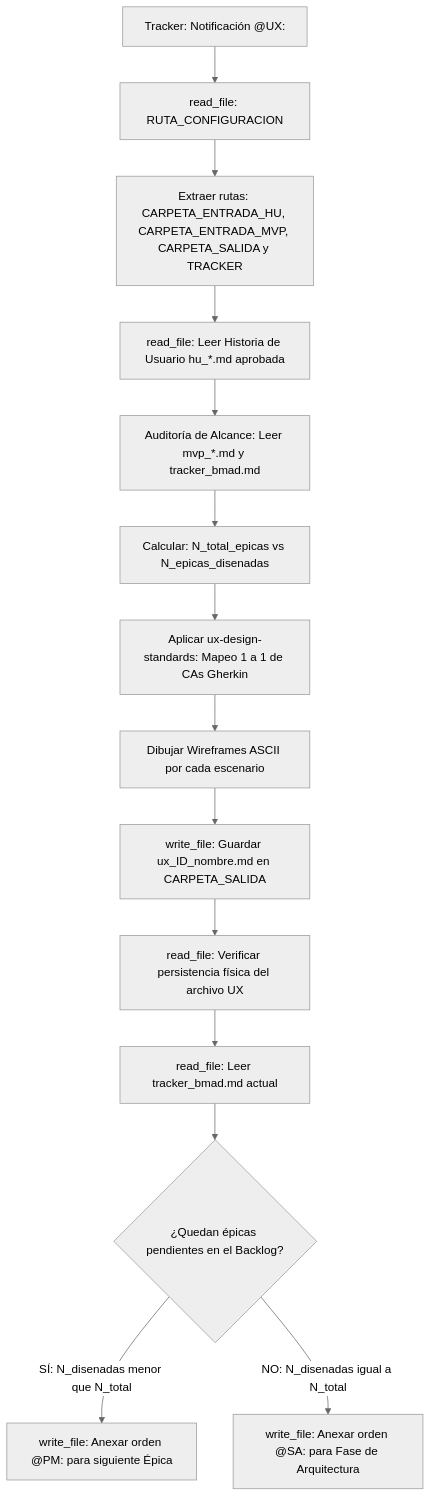
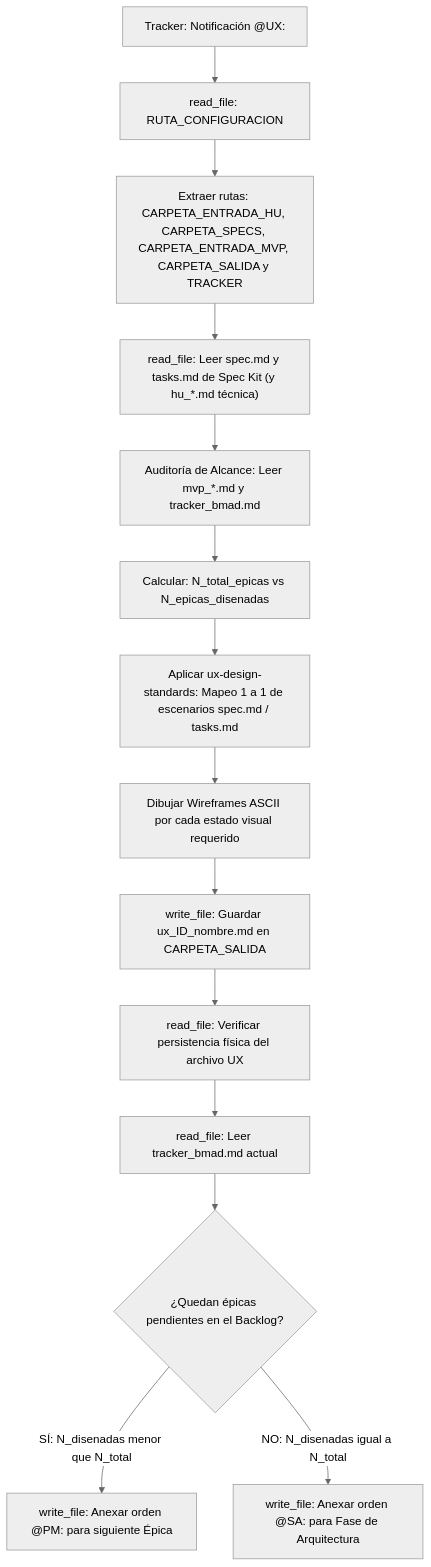
The diagram in designer-ux/AGENTS.md (pauloravicaceres/template-bmad), drawn with Mermaid (neutral theme) before and after one commit. The commit also changed other lines of this file and 132 other files, not shown here.

````diff
--- a/designer-ux/AGENTS.md
+++ b/designer-ux/AGENTS.md
@@ -47,16 +49,16 @@
 ```mermaid
 flowchart TD
     A["Tracker: Notificación @UX:"] --> B["read_file: RUTA_CONFIGURACION"]
-    B --> C["Extraer rutas: CARPETA_ENTRADA_HU, CARPETA_ENTRADA_MVP, CARPETA_SALIDA y TRACKER"]
-    C --> D["read_file: Leer Historia de Usuario hu_*.md aprobada"]
+    B --> C["Extraer rutas: CARPETA_ENTRADA_HU, CARPETA_SPECS, CARPETA_ENTRADA_MVP, CARPETA_SALIDA y TRACKER"]
+    C --> D["read_file: Leer spec.md y tasks.md de Spec Kit (y hu_*.md técnica)"]
     D --> E["Auditoría de Alcance: Leer mvp_*.md y tracker_bmad.md"]
     E --> F["Calcular: N_total_epicas vs N_epicas_disenadas"]
-    F --> G["Aplicar ux-design-standards: Mapeo 1 a 1 de CAs Gherkin"]
-    G --> H["Dibujar Wireframes ASCII por cada escenario"]
+    F --> G["Aplicar ux-design-standards: Mapeo 1 a 1 de escenarios spec.md / tasks.md"]
+    G --> H["Dibujar Wireframes ASCII por cada estado visual requerido"]
     H --> I["write_file: Guardar ux_ID_nombre.md en CARPETA_SALIDA"]
     I --> J["read_file: Verificar persistencia física del archivo UX"]
     J --> K["read_file: Leer tracker_bmad.md actual"]
     K --> L{"¿Quedan épicas pendientes en el Backlog?"}
     L -->|SÍ: N_disenadas menor que N_total| M["write_file: Anexar orden @PM: para siguiente Épica"]
     L -->|NO: N_disenadas igual a N_total| N["write_file: Anexar orden @SA: para Fase de Arquitectura"]
 ```
````
